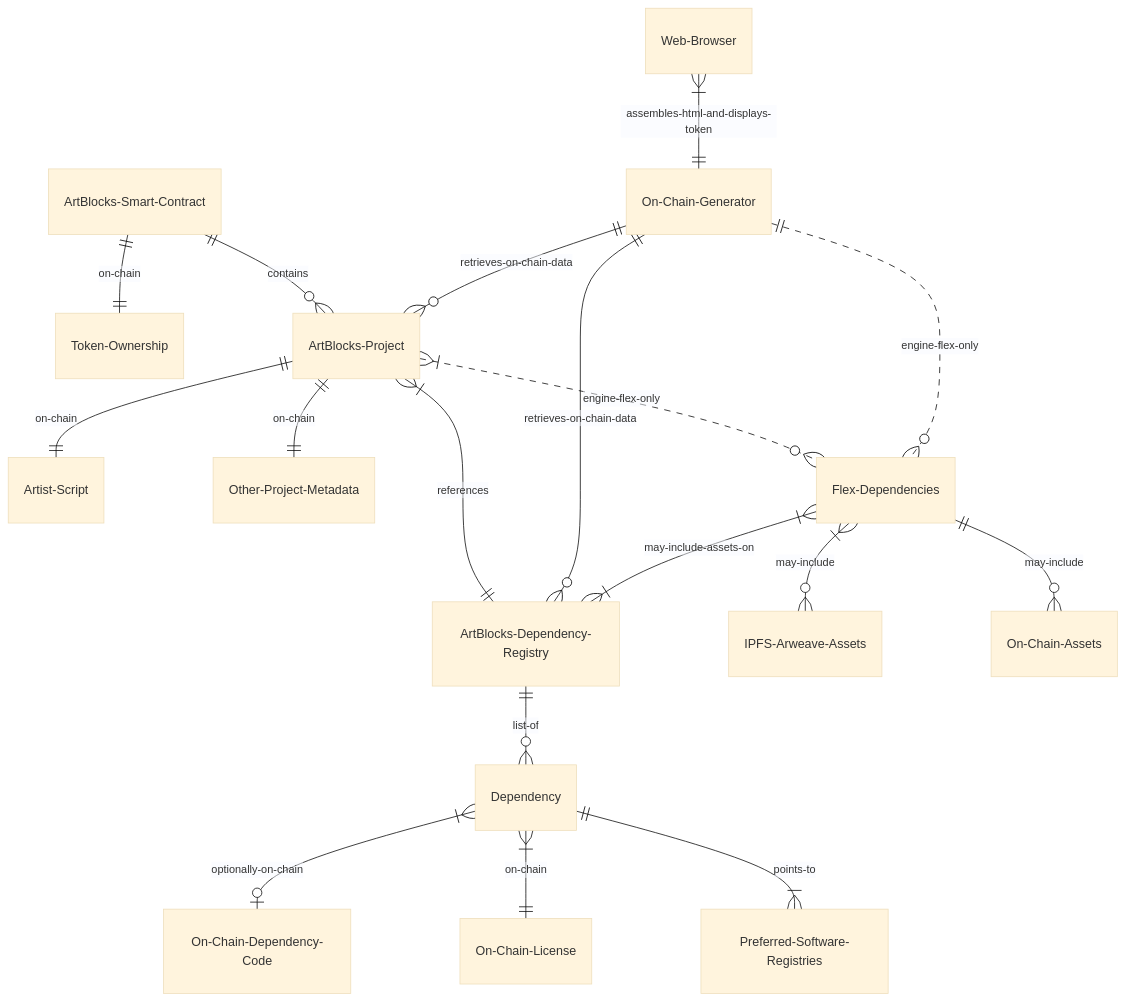
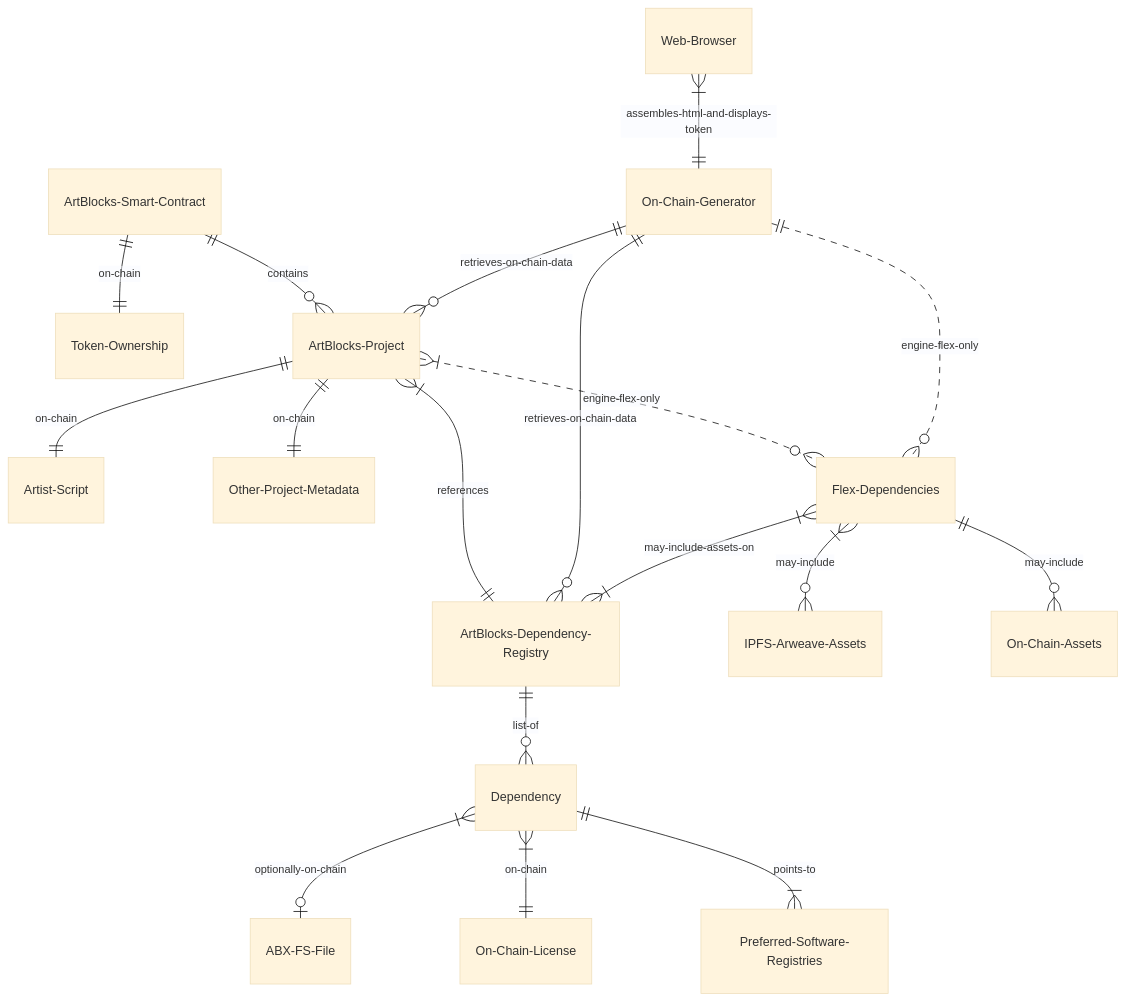
One commit to ArtBlocks/artblocks-docs changed the diagram in protocol/on-chain-storage.md. Above: the diagram before and after it, drawn with Mermaid (base theme). The commit also changed other lines of this file and 4 other files, not shown here.

First line of the commit message:
Describe on-chain dependencies as ABX FS files

````diff
--- a/protocol/on-chain-storage.md
+++ b/protocol/on-chain-storage.md
@@ -20,20 +20,20 @@
 ```mermaid
 erDiagram
     ArtBlocks-Smart-Contract ||--|| Token-Ownership :on-chain
     ArtBlocks-Smart-Contract ||--o{ ArtBlocks-Project: contains
     ArtBlocks-Project ||--|| Artist-Script: on-chain
     ArtBlocks-Project ||--|| Other-Project-Metadata: on-chain
     ArtBlocks-Project }|--|| ArtBlocks-Dependency-Registry: references
     ArtBlocks-Dependency-Registry ||--o{ Dependency: list-of
-    Dependency }|--o| On-Chain-Dependency-Code: optionally-on-chain
+    Dependency }|--o| ABX-FS-File: optionally-on-chain
     Dependency }|--|| On-Chain-License: on-chain
     Dependency ||--|{ Preferred-Software-Registries: points-to
     ArtBlocks-Project }|..o{ Flex-Dependencies: engine-flex-only
     Flex-Dependencies }|--o{ IPFS-Arweave-Assets: may-include
     Flex-Dependencies ||--o{ On-Chain-Assets: may-include
     On-Chain-Generator ||--o{ ArtBlocks-Project: retrieves-on-chain-data
     On-Chain-Generator ||..o{ Flex-Dependencies: engine-flex-only
     On-Chain-Generator ||--o{ ArtBlocks-Dependency-Registry: retrieves-on-chain-data
     Web-Browser }|--|| On-Chain-Generator: assembles-html-and-displays-token
     Flex-Dependencies }|--|{ ArtBlocks-Dependency-Registry: may-include-assets-on
 ```
````
